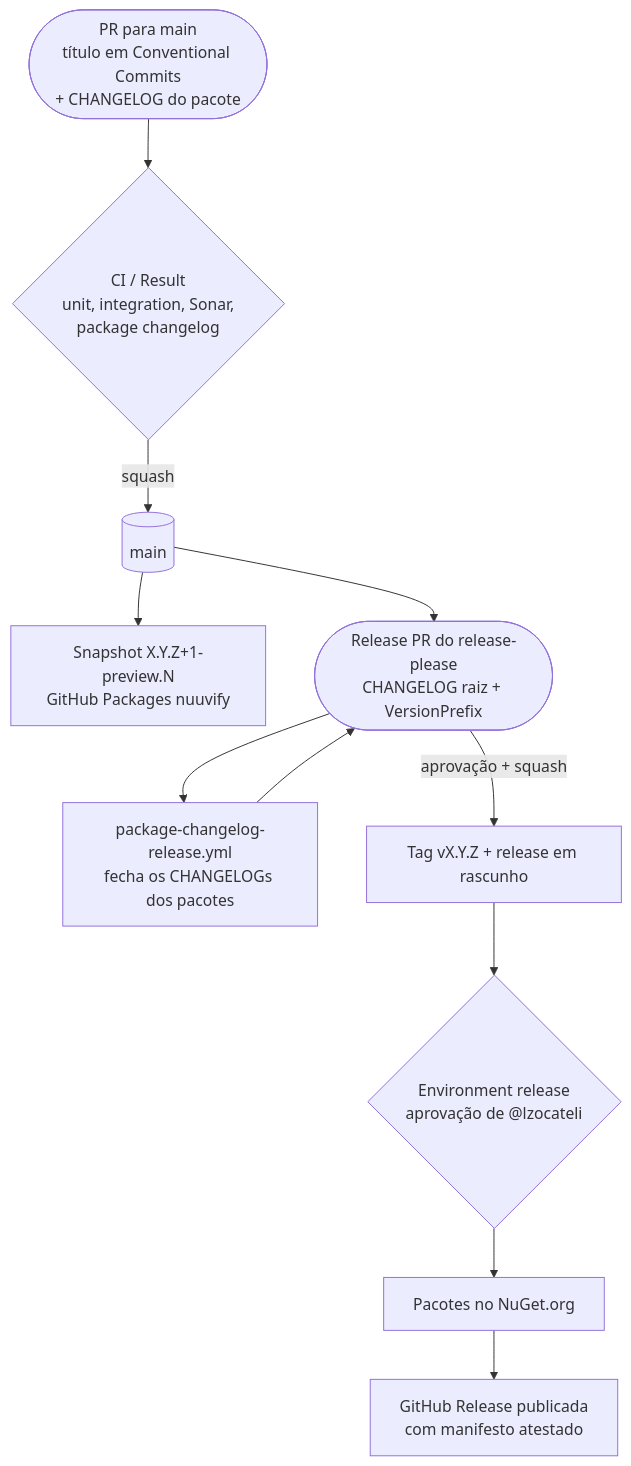
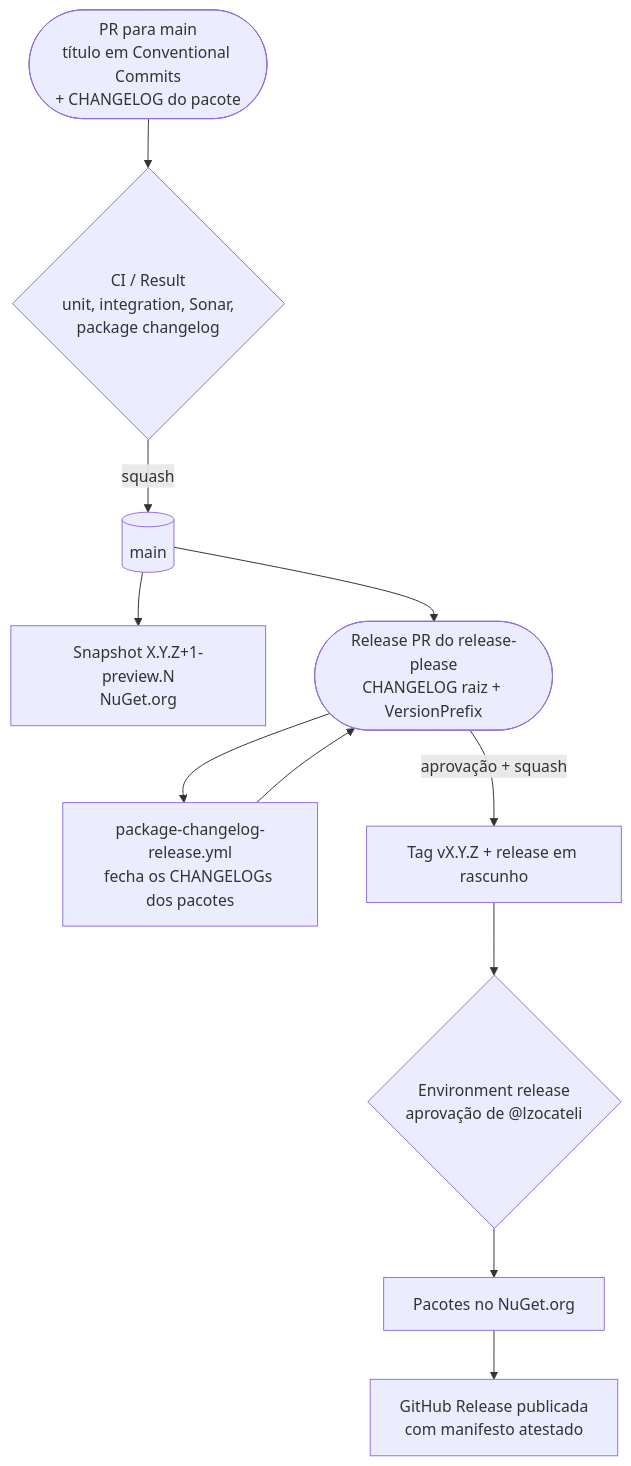
Before and after one commit to nuuvify/Nuuvify.CommonPack: the diagram in docs/maintainers/release-process.md, drawn with Mermaid. The commit also changed other lines of this file and 5 other files, not shown here.

First line of the commit message:
ci: publique previews no NuGet.org (#271)

````diff
--- a/docs/maintainers/release-process.md
+++ b/docs/maintainers/release-process.md
@@ -13,13 +13,13 @@
 ```mermaid
 flowchart TB
     PR([PR para main<br/>título em Conventional Commits<br/>+ CHANGELOG do pacote]) --> CI{CI / Result<br/>unit, integration, Sonar,<br/>package changelog}
     CI -->|squash| MAIN[(main)]
-    MAIN --> SNAP[Snapshot X.Y.Z+1-preview.N<br/>GitHub Packages nuuvify]
+    MAIN --> SNAP[Snapshot X.Y.Z+1-preview.N<br/>NuGet.org]
     MAIN --> RPR([Release PR do release-please<br/>CHANGELOG raiz + VersionPrefix])
     RPR --> CLOSE[package-changelog-release.yml<br/>fecha os CHANGELOGs dos pacotes]
     CLOSE --> RPR
     RPR -->|aprovação + squash| TAG[Tag vX.Y.Z + release em rascunho]
     TAG --> REL{Environment release<br/>aprovação de @lzocateli}
     REL --> NUGET[Pacotes no NuGet.org]
     NUGET --> PUB[GitHub Release publicada<br/>com manifesto atestado]
 ```
````
